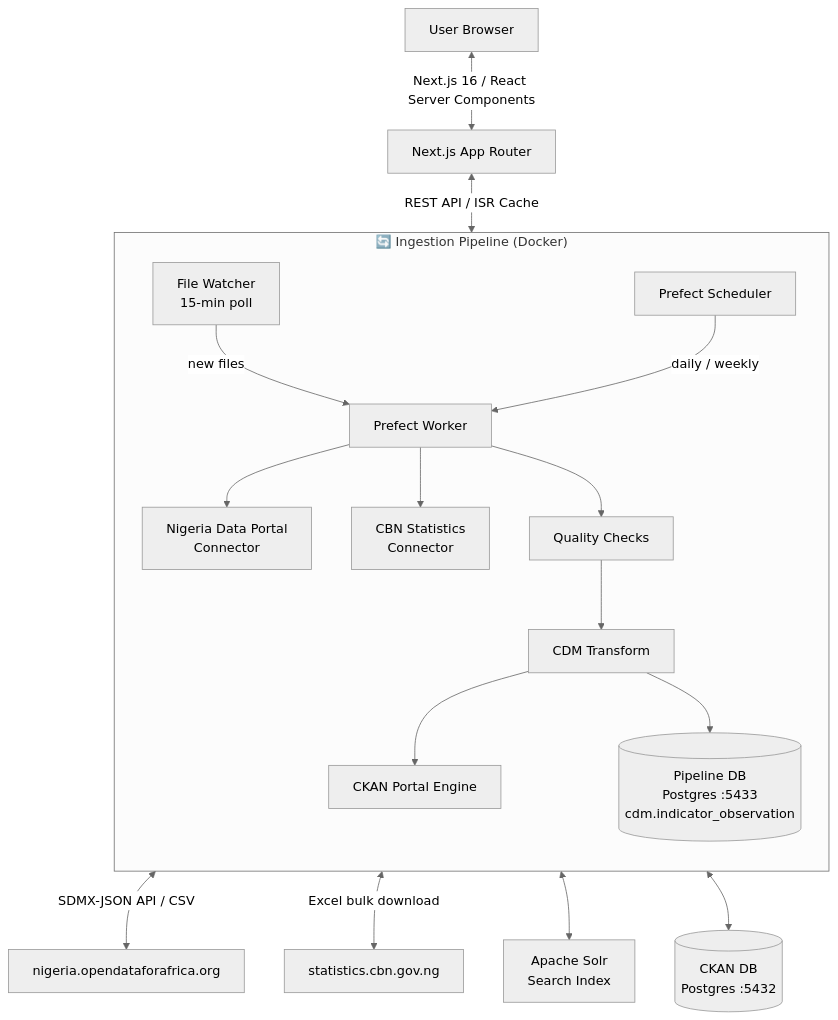
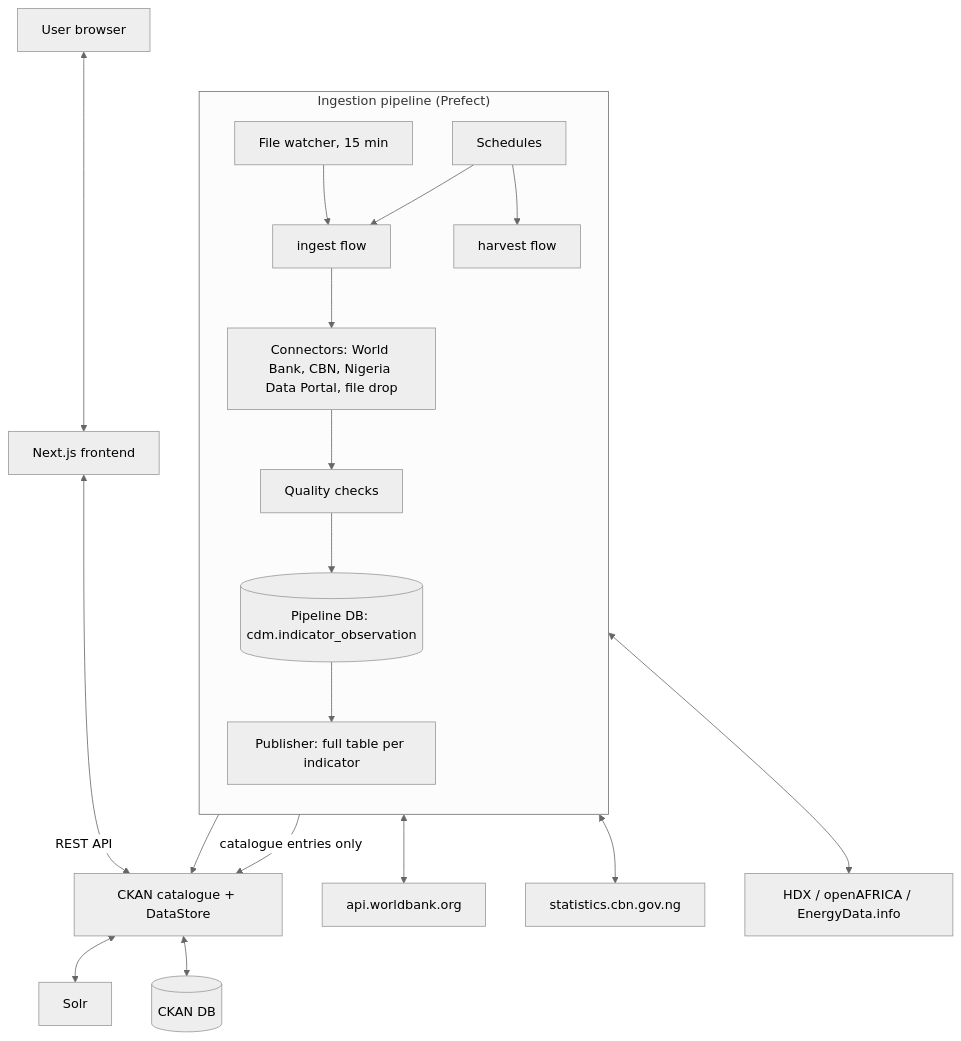
Before and after one commit to Balogunhabeeb14/Nigeria-Open-Data: the diagram in README.md, drawn with Mermaid (neutral theme). The commit also changed other lines of this file and 30 other files, not shown here.

````diff
--- a/README.md
+++ b/README.md
@@ -11,27 +32,23 @@
 ```mermaid
 graph TD
-    %% Frontend
-    User[User Browser] <--> |Next.js 16 / React Server Components| Frontend[Next.js App Router]
-    Frontend <--> |REST API / ISR Cache| CKAN[CKAN Portal Engine]
+    User[User browser] <--> Frontend[Next.js frontend]
+    Frontend <--> |REST API| CKAN[CKAN catalogue + DataStore]
 
-    %% Pipeline
-    subgraph Pipeline ["🔄 Ingestion Pipeline (Docker)"]
+    subgraph Pipeline ["Ingestion pipeline (Prefect)"]
         direction TB
-        Watcher[File Watcher\n15-min poll] --> |new files| Orchestrator
-        Scheduler[Prefect Scheduler] --> |daily / weekly| Orchestrator
-        Orchestrator[Prefect Worker] --> NDP[Nigeria Data Portal\nConnector]
-        Orchestrator --> CBN[CBN Statistics\nConnector]
-        Orchestrator --> QC[Quality Checks]
-        QC --> CDM[CDM Transform]
-        CDM --> PipelineDB[(Pipeline DB\nPostgres :5433\ncdm.indicator_observation)]
-        CDM --> CKAN
+        Scheduler[Schedules] --> Ingest[ingest flow]
+        Watcher[File watcher, 15 min] --> Ingest
+        Scheduler --> Harvest[harvest flow]
+        Ingest --> Conn[Connectors: World Bank, CBN, Nigeria Data Portal, file drop]
+        Conn --> QC[Quality checks]
+        QC --> CDM[(Pipeline DB: cdm.indicator_observation)]
+        CDM --> Pub[Publisher: full table per indicator]
     end
 
-    %% Data sources
-    NDP <--> |SDMX-JSON API / CSV| NigeriaPortal[nigeria.opendataforafrica.org]
-    CBN <--> |Excel bulk download| CBNSite[statistics.cbn.gov.ng]
-
-    %% Infrastructure
-    CKAN <--> Solr[Apache Solr\nSearch Index]
-    CKAN <--> CKANDb[(CKAN DB\nPostgres :5432)]
+    Pub --> CKAN
+    Harvest --> |catalogue entries only| CKAN
+    Conn <--> WB[api.worldbank.org]
+    Conn <--> CBNSite[statistics.cbn.gov.ng]
+    Harvest <--> Portals[HDX / openAFRICA / EnergyData.info]
+    CKAN <--> Solr[Solr] & CKANDb[(CKAN DB)]
 ```
````
